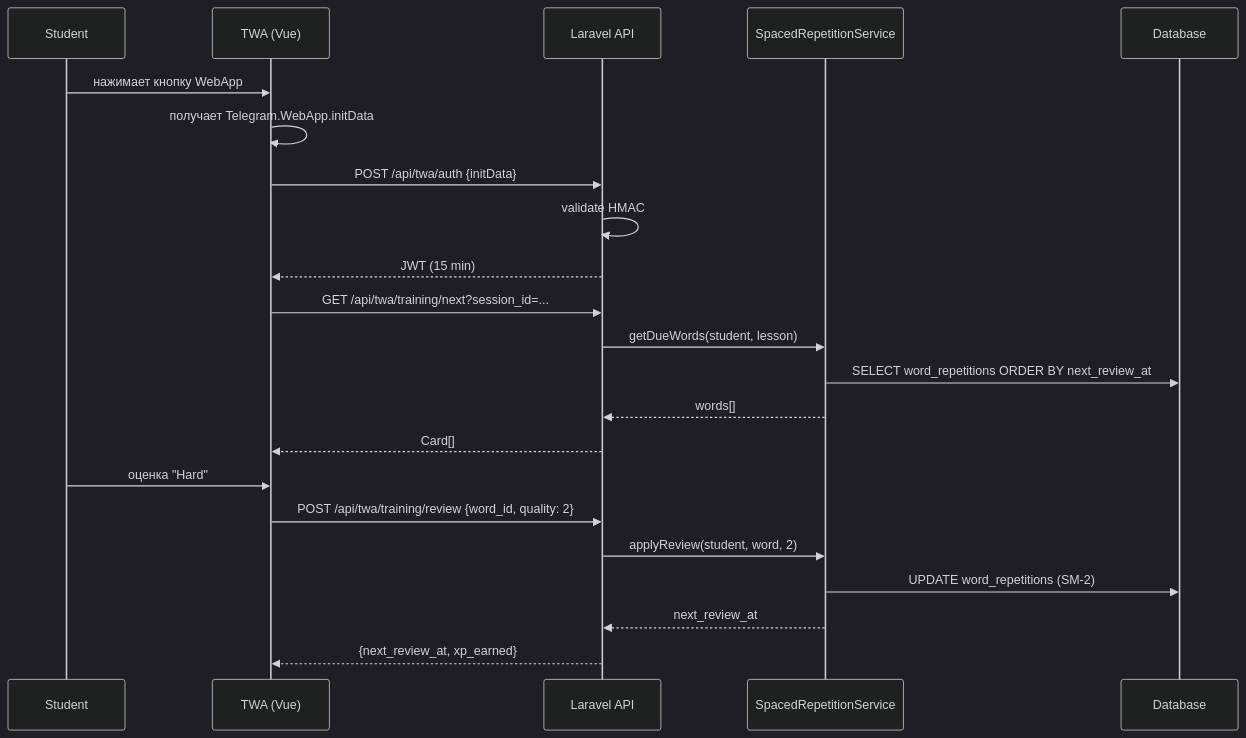
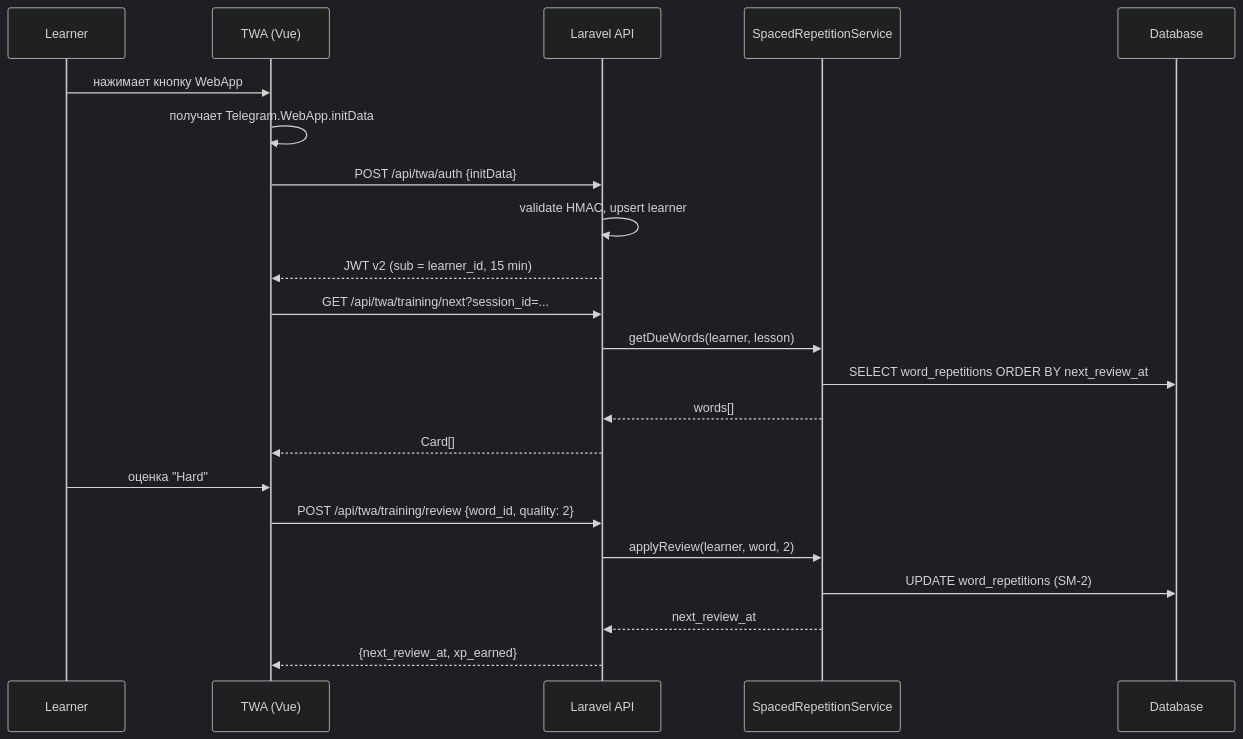
The third of 4 diagrams in docs/02_ARCHITECTURE.md (AsadbekRahimov/flash-cards), drawn with Mermaid (dark theme) before and after one commit. The commit also changed other lines of this file and 8 other files, not shown here.

First line of the commit message:
docs: learner-first schema, JWT v2, membership policies, ADR-8 (Sprint 14, task 1.1b, 5/5)

````diff
--- a/docs/02_ARCHITECTURE.md
+++ b/docs/02_ARCHITECTURE.md
@@ -140,25 +140,25 @@
 ```mermaid
 sequenceDiagram
-    participant S as Student
+    participant S as Learner
     participant TWA as TWA (Vue)
     participant API as Laravel API
     participant SR as SpacedRepetitionService
     participant DB as Database
 
     S->>TWA: нажимает кнопку WebApp
     TWA->>TWA: получает Telegram.WebApp.initData
     TWA->>API: POST /api/twa/auth {initData}
-    API->>API: validate HMAC
-    API-->>TWA: JWT (15 min)
+    API->>API: validate HMAC, upsert learner
+    API-->>TWA: JWT v2 (sub = learner_id, 15 min)
     TWA->>API: GET /api/twa/training/next?session_id=...
-    API->>SR: getDueWords(student, lesson)
+    API->>SR: getDueWords(learner, lesson)
     SR->>DB: SELECT word_repetitions ORDER BY next_review_at
     SR-->>API: words[]
     API-->>TWA: Card[]
     S->>TWA: оценка "Hard"
     TWA->>API: POST /api/twa/training/review {word_id, quality: 2}
-    API->>SR: applyReview(student, word, 2)
+    API->>SR: applyReview(learner, word, 2)
     SR->>DB: UPDATE word_repetitions (SM-2)
     SR-->>API: next_review_at
     API-->>TWA: {next_review_at, xp_earned}
 ```
````
